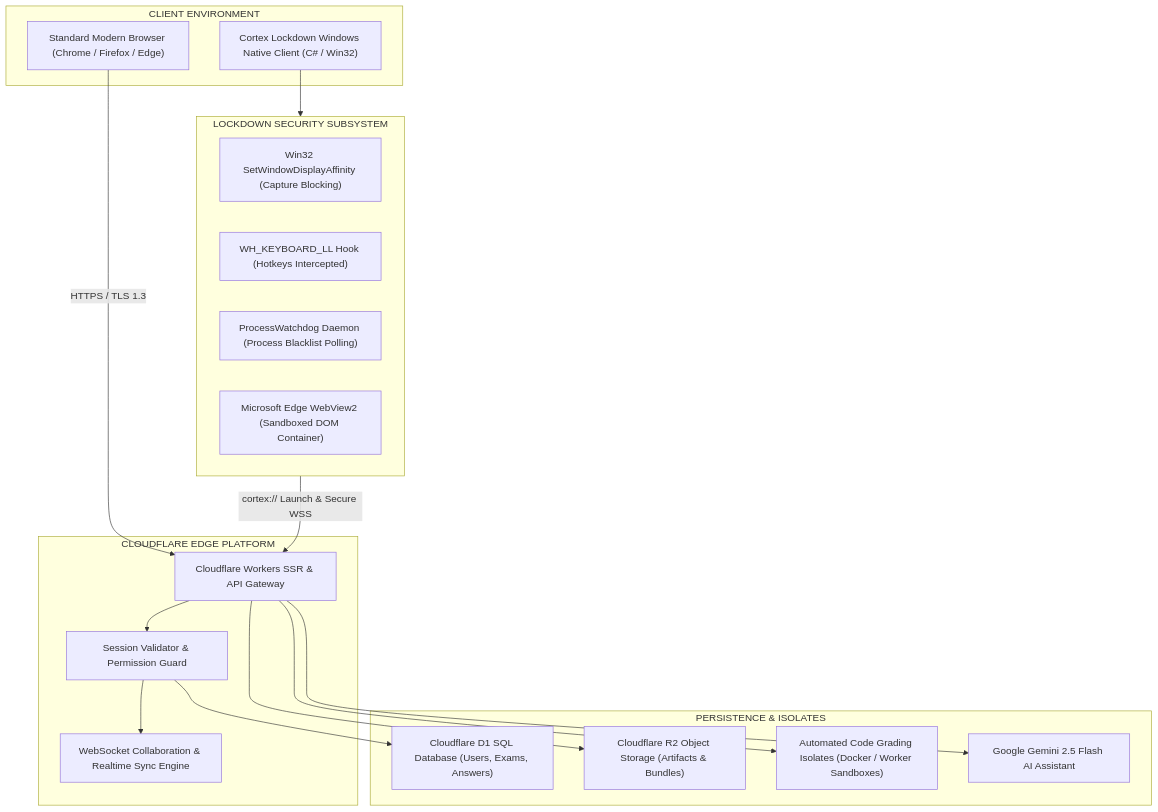
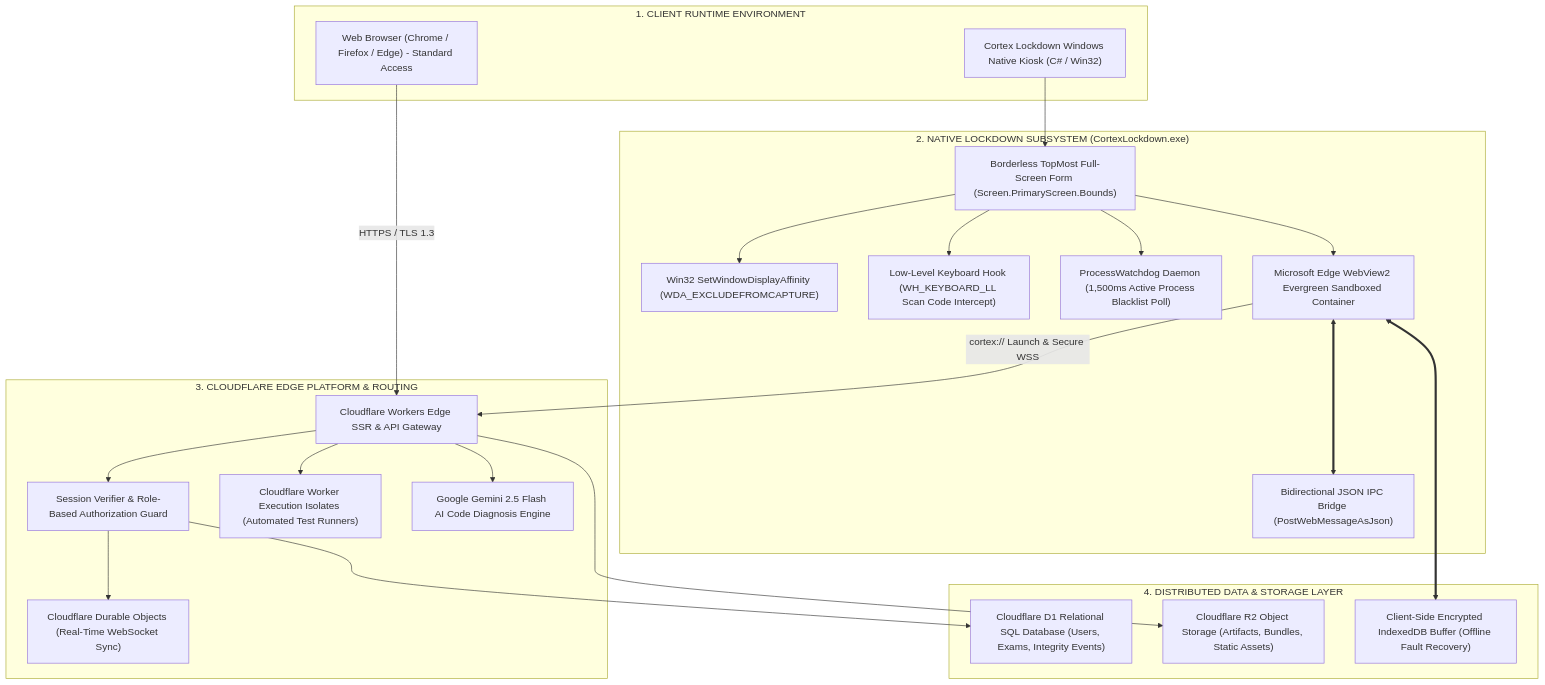
One commit to shivampatilck-1010/cortex-code-platform changed the first of 3 diagrams in README.md. Above: the diagram before and after it, drawn with Mermaid. The commit also changed other lines of this file, not shown here.

Commit message:
docs: Redesign README with authentic brand emblem, deep technical architecture, and anti-cheat threat matrix

````diff
--- a/README.md
+++ b/README.md
@@ -61,37 +28,47 @@
 ```mermaid
 flowchart TD
-    subgraph Clients["CLIENT ENVIRONMENT"]
-        WebBrowser["Standard Modern Browser (Chrome / Firefox / Edge)"]
-        LockdownClient["Cortex Lockdown Windows Native Client (C# / Win32)"]
+    subgraph ClientBoundary["1. CLIENT RUNTIME ENVIRONMENT"]
+        WebStudent["Web Browser (Chrome / Firefox / Edge) - Standard Access"]
+        LockdownClient["Cortex Lockdown Windows Native Kiosk (C# / Win32)"]
     end
 
-    subgraph SecurityLayer["LOCKDOWN SECURITY SUBSYSTEM"]
-        DisplayAffinity["Win32 SetWindowDisplayAffinity (Capture Blocking)"]
-        KeyboardHook["WH_KEYBOARD_LL Hook (Hotkeys Intercepted)"]
-        Watchdog["ProcessWatchdog Daemon (Process Blacklist Polling)"]
-        WebView2["Microsoft Edge WebView2 (Sandboxed DOM Container)"]
+    subgraph SecuritySubsystem["2. NATIVE LOCKDOWN SUBSYSTEM (CortexLockdown.exe)"]
+        KioskHost["Borderless TopMost Full-Screen Form (Screen.PrimaryScreen.Bounds)"]
+        DisplayAffinity["Win32 SetWindowDisplayAffinity (WDA_EXCLUDEFROMCAPTURE)"]
+        KeyboardHook["Low-Level Keyboard Hook (WH_KEYBOARD_LL Scan Code Intercept)"]
+        WatchdogDaemon["ProcessWatchdog Daemon (1,500ms Active Process Blacklist Poll)"]
+        IPCBridge["Bidirectional JSON IPC Bridge (PostWebMessageAsJson)"]
+        WebView2Runtime["Microsoft Edge WebView2 Evergreen Sandboxed Container"]
     end
 
-    subgraph EdgePlatform["CLOUDFLARE EDGE PLATFORM"]
-        EdgeWorker["Cloudflare Workers SSR & API Gateway"]
-        AuthBridge["Session Validator & Permission Guard"]
-        DurableObjects["WebSocket Collaboration & Realtime Sync Engine"]
+    subgraph EdgeGateway["3. CLOUDFLARE EDGE PLATFORM & ROUTING"]
+        WorkerRouter["Cloudflare Workers Edge SSR & API Gateway"]
+        AuthService["Session Verifier & Role-Based Authorization Guard"]
+        DurableObjectsSync["Cloudflare Durable Objects (Real-Time WebSocket Sync)"]
+        GradingIsolates["Cloudflare Worker Execution Isolates (Automated Test Runners)"]
+        AIService["Google Gemini 2.5 Flash AI Code Diagnosis Engine"]
     end
 
-    subgraph StorageLayer["PERSISTENCE & ISOLATES"]
-        D1Database["Cloudflare D1 SQL Database (Users, Exams, Answers)"]
-        R2Storage["Cloudflare R2 Object Storage (Artifacts & Bundles)"]
-        WorkerIsolates["Automated Code Grading Isolates (Docker / Worker Sandboxes)"]
-        GeminiEngine["Google Gemini 2.5 Flash AI Assistant"]
+    subgraph DataPersistence["4. DISTRIBUTED DATA & STORAGE LAYER"]
+        D1SQL["Cloudflare D1 Relational SQL Database (Users, Exams, Integrity Events)"]
+        R2Buckets["Cloudflare R2 Object Storage (Artifacts, Bundles, Static Assets)"]
+        LocalIndexedDB["Client-Side Encrypted IndexedDB Buffer (Offline Fault Recovery)"]
     end
 
-    WebBrowser -->|HTTPS / TLS 1.3| EdgeWorker
-    LockdownClient --> SecurityLayer
-    SecurityLayer -->|cortex:// Launch & Secure WSS| EdgeWorker
-    EdgeWorker --> AuthBridge
-    AuthBridge --> DurableObjects
-    AuthBridge --> D1Database
-    EdgeWorker --> R2Storage
-    EdgeWorker --> WorkerIsolates
-    EdgeWorker --> GeminiEngine
+    LockdownClient --> KioskHost
+    KioskHost --> DisplayAffinity
+    KioskHost --> KeyboardHook
+    KioskHost --> WatchdogDaemon
+    KioskHost --> WebView2Runtime
+    WebView2Runtime <===> IPCBridge
+    WebView2Runtime <===> LocalIndexedDB
+
+    WebStudent -->|HTTPS / TLS 1.3| WorkerRouter
+    WebView2Runtime -->|cortex:// Launch & Secure WSS| WorkerRouter
+    WorkerRouter --> AuthService
+    AuthService --> DurableObjectsSync
+    AuthService --> D1SQL
+    WorkerRouter --> R2Buckets
+    WorkerRouter --> GradingIsolates
+    WorkerRouter --> AIService
 ```
````
